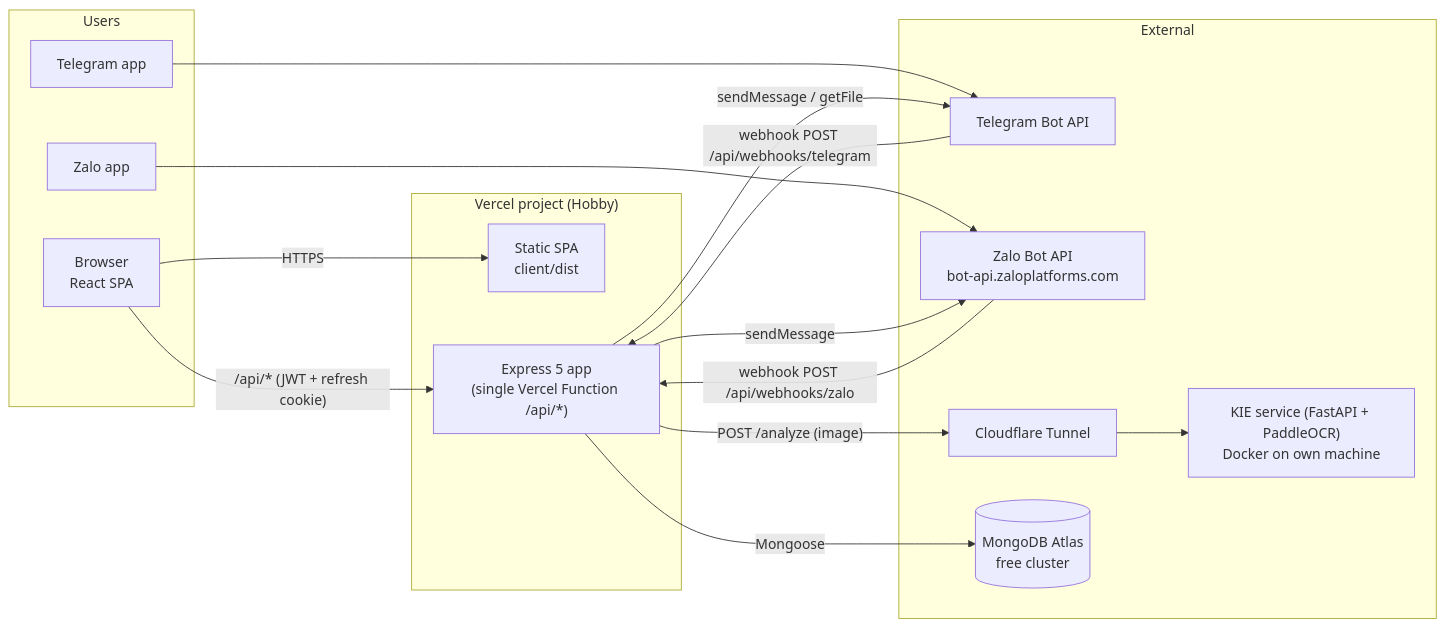
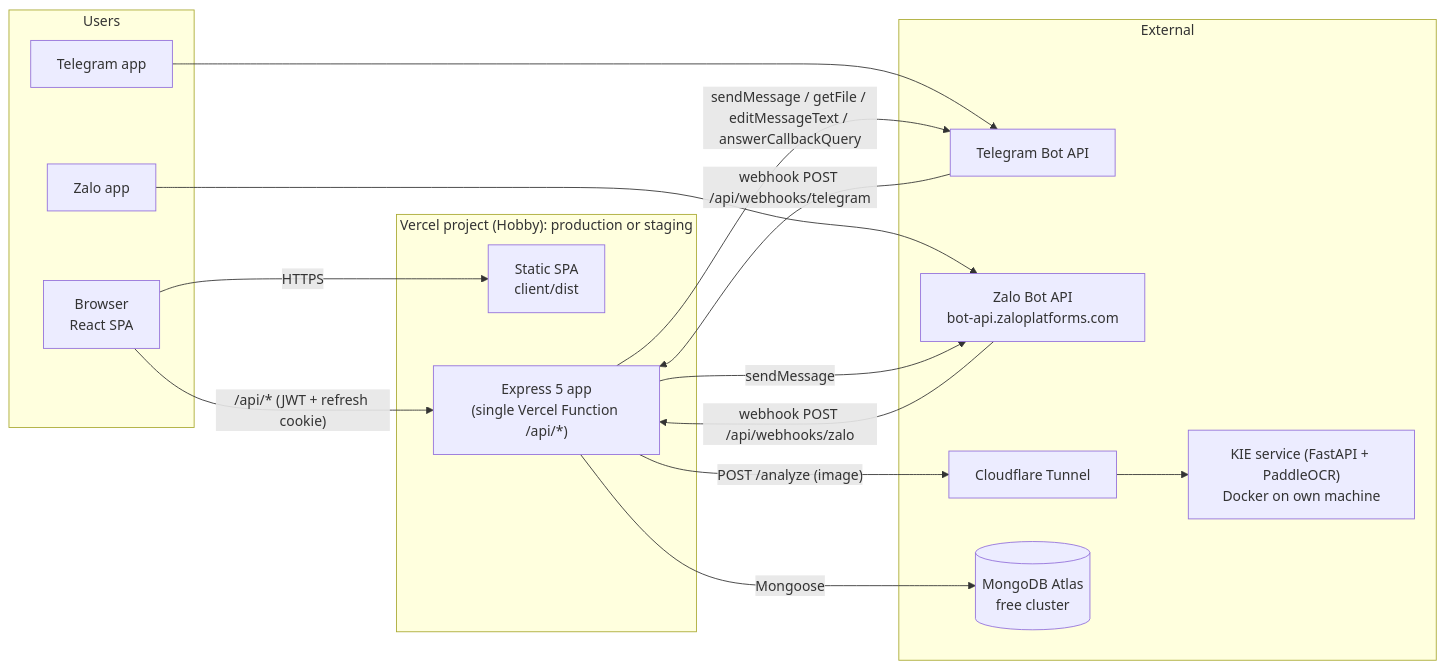
One commit to dangnguyenducanh/Zalo-Tele-intergrated-financial-apps changed the first of 4 diagrams in docs/01-architecture.md. Above: the diagram before and after it, drawn with Mermaid. The commit also changed other lines of this file and 7 other files, not shown here.

````diff
--- a/docs/01-architecture.md
+++ b/docs/01-architecture.md
@@ -13,30 +13,30 @@
 ```mermaid
 flowchart LR
     subgraph Users
         B[Browser<br/>React SPA]
         TG[Telegram app]
         ZL[Zalo app]
     end
 
-    subgraph Vercel["Vercel project (Hobby)"]
+    subgraph Vercel["Vercel project (Hobby): production or staging"]
         CDN[Static SPA<br/>client/dist]
         API["Express 5 app<br/>(single Vercel Function /api/*)"]
     end
 
     subgraph External
         TGAPI[Telegram Bot API]
         ZAPI[Zalo Bot API<br/>bot-api.zaloplatforms.com]
         KIE["KIE service (FastAPI + PaddleOCR)<br/>Docker on own machine"]
         CF[Cloudflare Tunnel]
         DB[(MongoDB Atlas<br/>free cluster)]
     end
 
     B -- HTTPS --> CDN
     B -- "/api/* (JWT + refresh cookie)" --> API
     TG --> TGAPI -- "webhook POST /api/webhooks/telegram" --> API
     ZL --> ZAPI -- "webhook POST /api/webhooks/zalo" --> API
-    API -- "sendMessage / getFile" --> TGAPI
+    API -- "sendMessage / getFile / editMessageText / answerCallbackQuery" --> TGAPI
     API -- "sendMessage" --> ZAPI
     API -- "POST /analyze (image)" --> CF --> KIE
     API -- Mongoose --> DB
 ```
````
